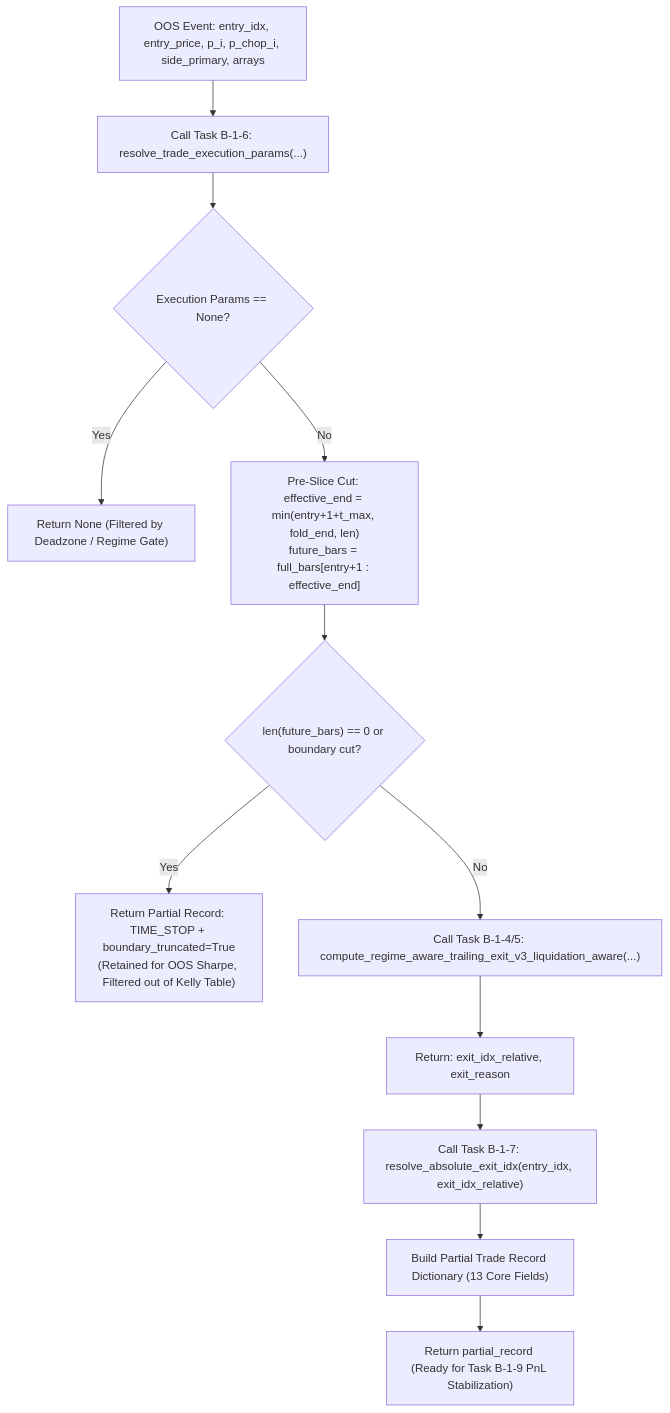
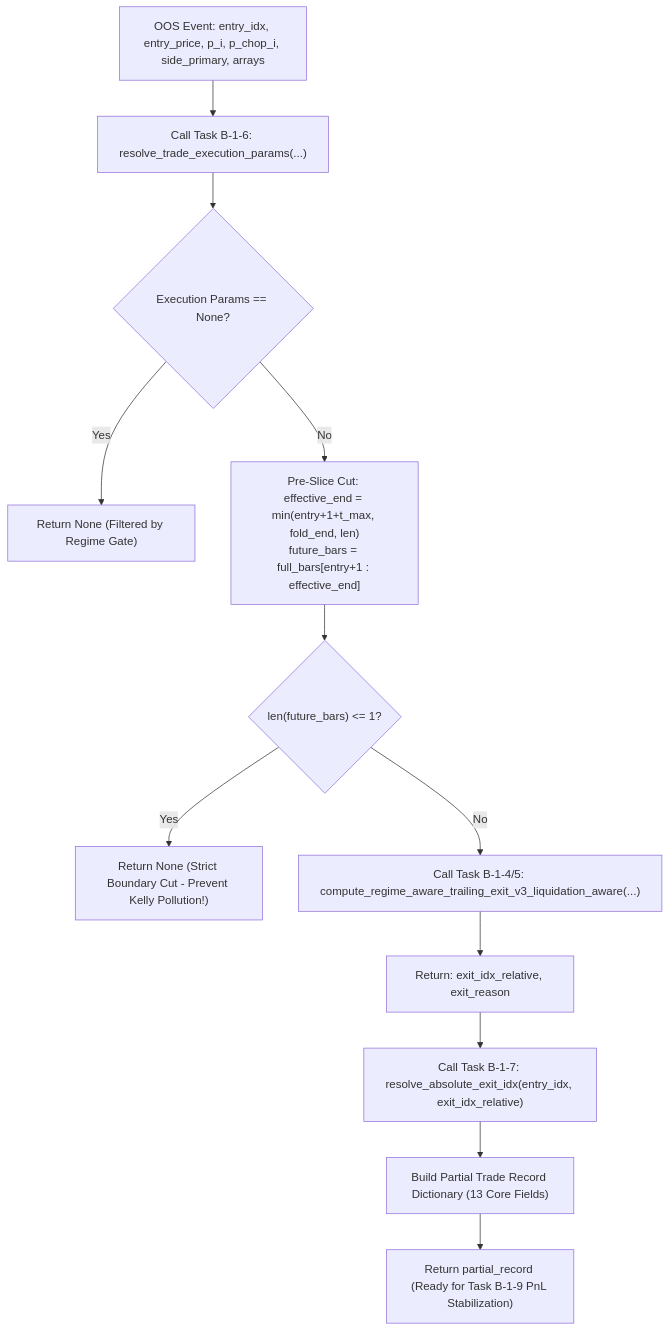
One commit to hoangcongly/1907TacticalAI changed diagram 12 of 14 in docs/engineering_audit_and_explanation_report.md. Above: the diagram before and after it, drawn with Mermaid. The commit also changed other lines of this file, not shown here.

````diff
--- a/docs/engineering_audit_and_explanation_report.md
+++ b/docs/engineering_audit_and_explanation_report.md
@@ -985,17 +928,17 @@
 ```mermaid
 flowchart TD
     In["OOS Event: entry_idx, entry_price, p_i, p_chop_i, side_primary, arrays"] --> CallB16["Call Task B-1-6: resolve_trade_execution_params(...)"]
     CallB16 --> CheckB16{"Execution Params == None?"}
-    CheckB16 -->|Yes| OutNone1["Return None (Filtered by Deadzone / Regime Gate)"]
+    CheckB16 -->|Yes| OutNone1["Return None (Filtered by Regime Gate)"]
     
     CheckB16 -->|No| PreSlice["Pre-Slice Cut: effective_end = min(entry+1+t_max, fold_end, len)<br/>future_bars = full_bars[entry+1 : effective_end]"]
-    PreSlice --> CheckLen{"len(future_bars) == 0 or boundary cut?"}
-    CheckLen -->|Yes| OutBoundary["Return Partial Record: TIME_STOP + boundary_truncated=True<br/>(Retained for OOS Sharpe, Filtered out of Kelly Table)"]
+    PreSlice --> CheckLen{"len(future_bars) <= 1?"}
+    CheckLen -->|Yes| OutNone2["Return None (Strict Boundary Cut - Prevent Kelly Pollution!)"]
     
     CheckLen -->|No| CallV3["Call Task B-1-4/5: compute_regime_aware_trailing_exit_v3_liquidation_aware(...)"]
     CallV3 --> GetRel["Return: exit_idx_relative, exit_reason"]
     
     GetRel --> CallB17["Call Task B-1-7: resolve_absolute_exit_idx(entry_idx, exit_idx_relative)"]
     CallB17 --> BuildStub["Build Partial Trade Record Dictionary (13 Core Fields)"]
     BuildStub --> Out["Return partial_record (Ready for Task B-1-9 PnL Stabilization)"]
 ```
````
